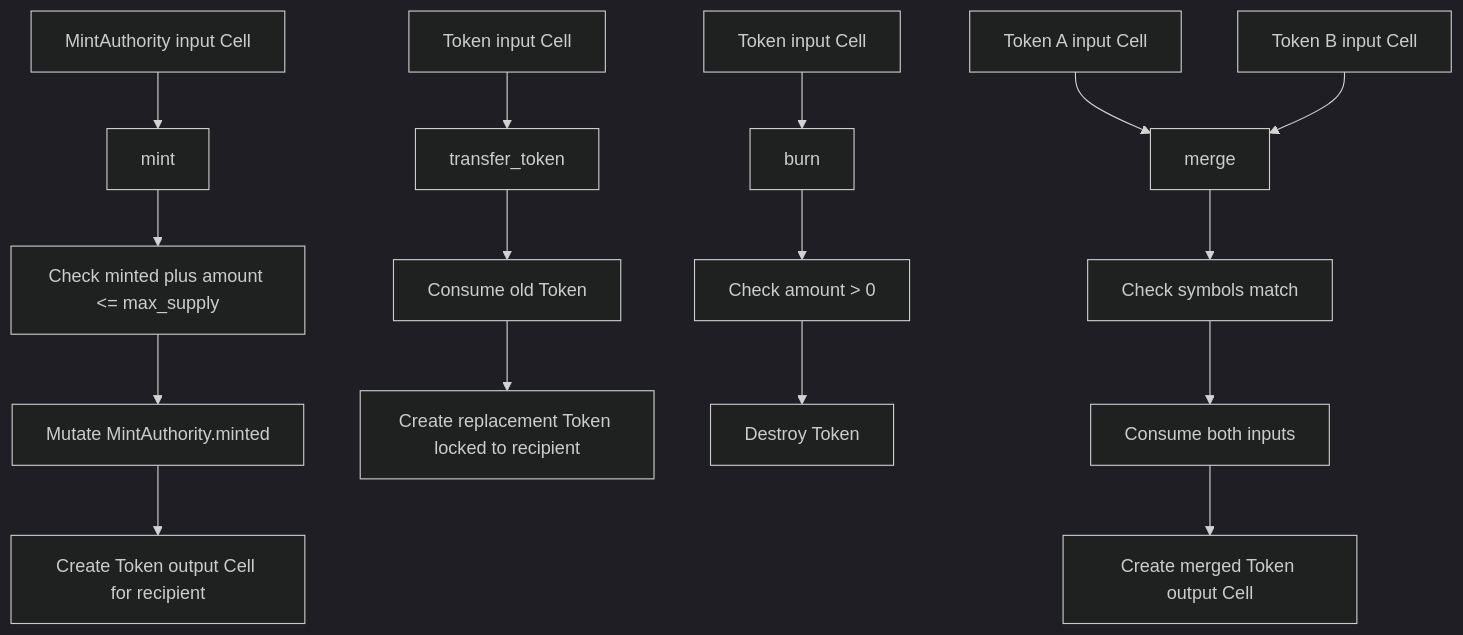
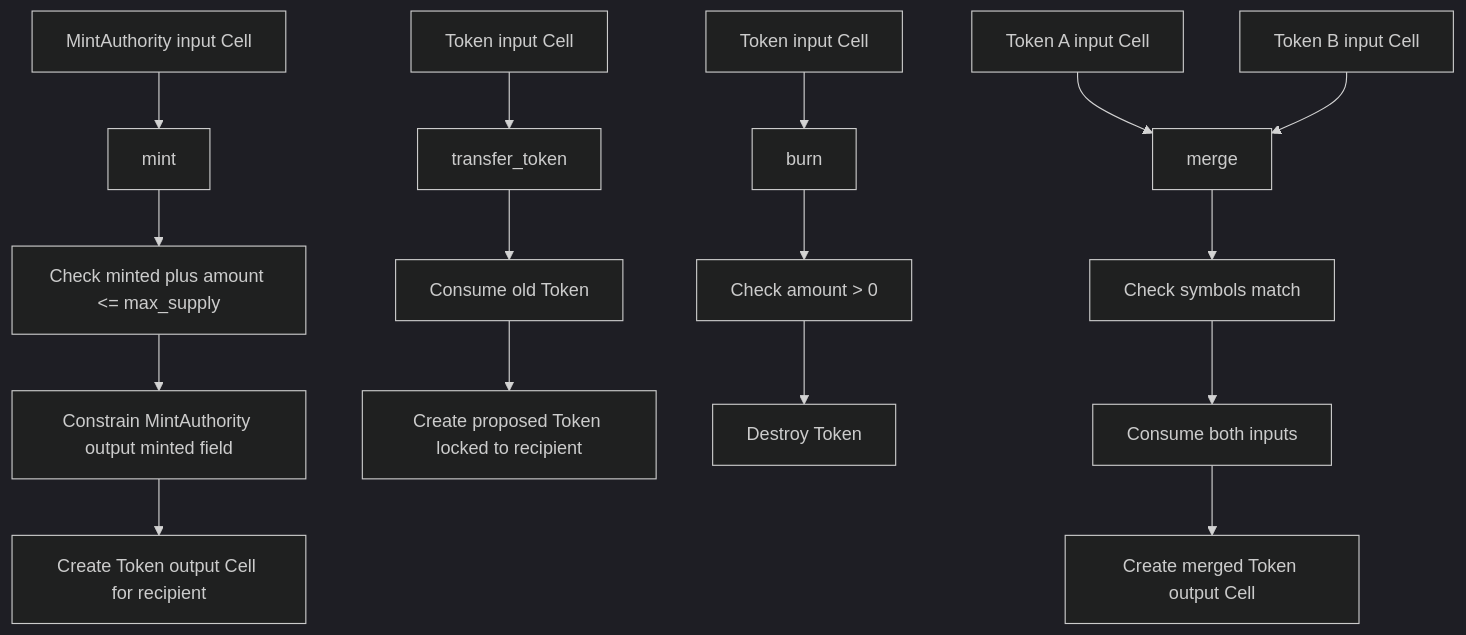
The first of 12 diagrams in docs/CELLSCRIPT_EXAMPLE_BUSINESS_FLOWS.md (CellScript-Labs/CellScript), drawn with Mermaid (dark theme) before and after one commit. The commit also changed other lines of this file and 74 other files, not shown here.

````diff
--- a/docs/CELLSCRIPT_EXAMPLE_BUSINESS_FLOWS.md
+++ b/docs/CELLSCRIPT_EXAMPLE_BUSINESS_FLOWS.md
@@ -38,21 +38,21 @@
 ```mermaid
 flowchart TD
     A["MintAuthority input Cell"] --> B["mint"]
     B --> C["Check minted plus amount <= max_supply"]
-    C --> D["Mutate MintAuthority.minted"]
+    C --> D["Constrain MintAuthority output minted field"]
     D --> E["Create Token output Cell for recipient"]
 
     F["Token input Cell"] --> G["transfer_token"]
     G --> H["Consume old Token"]
-    H --> I["Create replacement Token locked to recipient"]
+    H --> I["Create proposed Token locked to recipient"]
 
     J["Token input Cell"] --> K["burn"]
     K --> L["Check amount > 0"]
     L --> M["Destroy Token"]
 
     N["Token A input Cell"] --> O["merge"]
     P["Token B input Cell"] --> O
     O --> Q["Check symbols match"]
     Q --> R["Consume both inputs"]
     R --> S["Create merged Token output Cell"]
 ```
````
